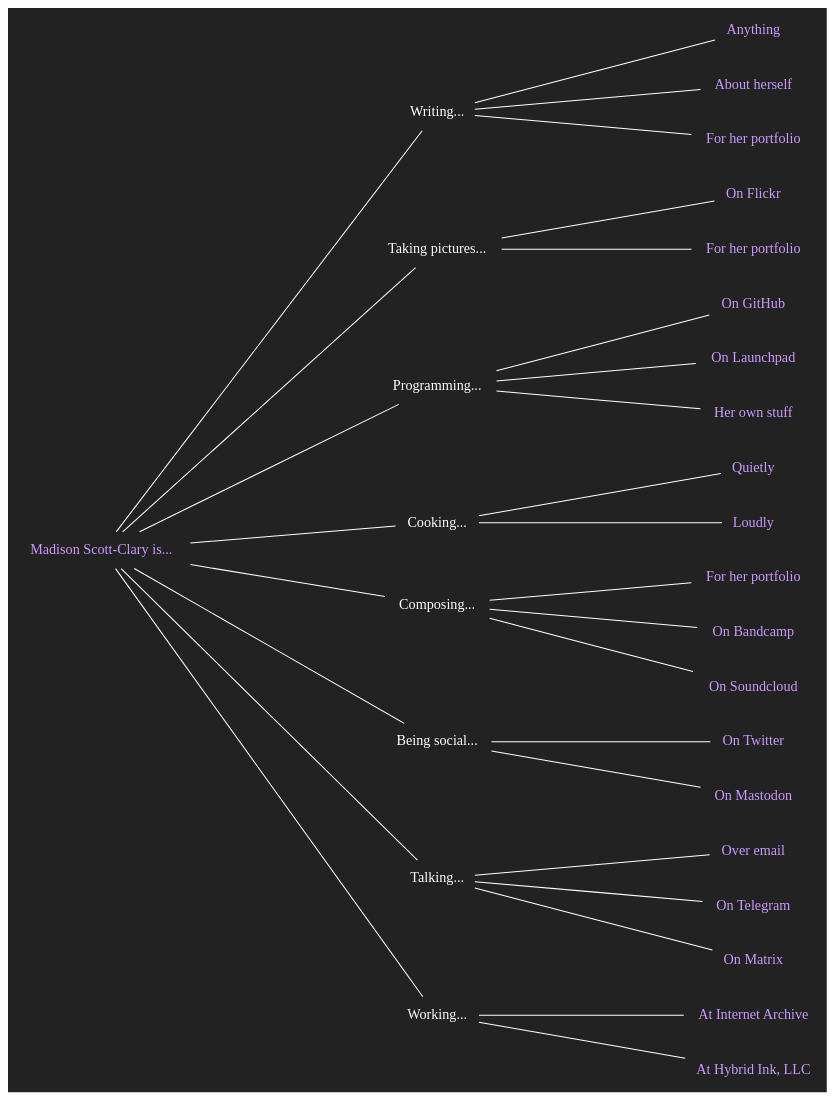
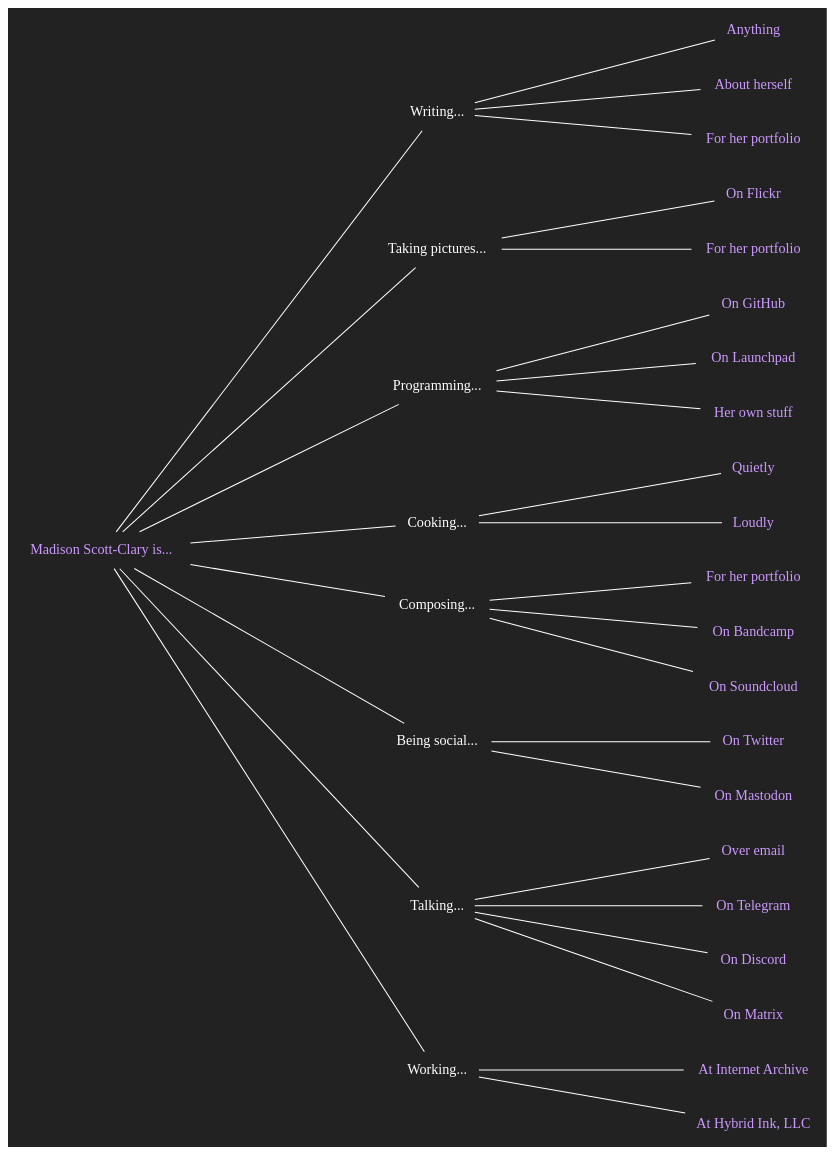
The diagram in is.dot (makyo/makyo.is), drawn with Graphviz before and after one commit. The commit also changed 4 other files, not shown here.

```diff
--- a/is.dot
+++ b/is.dot
@@ -1,71 +1,73 @@
 graph is {
     node[shape="none",fontcolor="#ffffff",color="#ffffff",fontname="Helvetica bold"]
     edge[color="#ffffff"]
     graph[bgcolor="#222222",label="",margin="0",rankdir="LR",ranksep=2.5]
 
     copula [label="Madison Scott-Clary is...",fontcolor="#cc99ff",href="https://drab-makyo.com"]
 
     writing [label="Writing..."]
     writing_anything [label="Anything",fontcolor="#cc99ff",href="https://writing.drab-makyo.com"]
     writing_ally [label="About herself",fontcolor="#cc99ff",href="https://ally.id"]
     writing_portfolio [label="For her portfolio",fontcolor="#cc99ff",href="https://makyo.ink"]
     copula -- writing
     writing -- writing_anything
     writing -- writing_ally
     writing -- writing_portfolio
 
     photography [label="Taking pictures..."]
     photography_flickr [label="On Flickr",fontcolor="#cc99ff",href="https://flickr.com/photos/ranna"]
     photography_portfolio [label="For her portfolio",fontcolor="#cc99ff",href="https://makyo.photography"]
     copula -- photography
     photography -- photography_portfolio
     photography -- photography_flickr
 
     programming [label="Programming..."]
     programming_github [label="On GitHub",fontcolor="#cc99ff",href="https://github.com/makyo"]
     programming_launchpad [label="On Launchpad",fontcolor="#cc99ff",href="https://launchpad.net/~makyo"]
     programming_personal [label="Her own stuff",fontcolor="#cc99ff",href="https://makyo.dev"]
     copula -- programming
     programming -- programming_github
     programming -- programming_launchpad
     programming -- programming_personal
 
     cooking [label="Cooking..."]
     cooking_quietly [label="Quietly",fontcolor="#cc99ff",href="https://makyo.cooking"]
     cooking_loudly [label="Loudly",fontcolor="#cc99ff",href="https://mealtime.with.maddypa.ws"]
     copula -- cooking
     cooking -- cooking_quietly
     cooking -- cooking_loudly
 
     composing [label="Composing..."]
     composing_portfolio [label="For her portfolio",fontcolor="#cc99ff",href="https://sounds.drab-makyo.com"]
     composing_bandcamp [label="On Bandcamp",fontcolor="#cc99ff",href="https://drab-makyo.bandcamp.com"]
     composing_soundcloud [label="On Soundcloud",fontcolor="#cc99ff",href="https://soundcloud.com/drabmakyo"]
     copula -- composing
     composing -- composing_portfolio
     composing -- composing_bandcamp
     composing -- composing_soundcloud
 
     social [label="Being social..."]
     social_twitter [label="On Twitter",fontcolor="#cc99ff",href="https://twitter.com/drab_makyo"]
     social_mastodon [label="On Mastodon",fontcolor="#cc99ff",href="https://snouts.online/@makyo"]
     copula -- social
     social -- social_twitter
     social -- social_mastodon
 
     talking [label="Talking..."]
     talking_email [label="Over email",fontcolor="#cc99ff",href="mailto:makyo@drab-makyo.com"]
     talking_telegram [label="On Telegram",fontcolor="#cc99ff",href="https://t.me/DrabMakyo"]
+    talking_discord [label="On Discord",fontcolor="#cc99ff",href="/discord",title="Makyo#7093"]
     talking_matrix [label="On Matrix",fontcolor="#cc99ff",href="https://matrix.to/#/@makyo:drab-makyo.com"]
     copula -- talking
     talking -- talking_email
     talking -- talking_telegram
+    talking -- talking_discord
     talking -- talking_matrix
 
     working [label="Working..."]
     working_current [label="At Internet Archive",fontcolor="#cc99ff",href="https://archive.org"]
     working_hybrid [label="At Hybrid Ink, LLC",fontcolor="#cc99ff",href="https://hybrid.ink"]
     copula -- working
     working -- working_current
     working -- working_hybrid
 }
```
